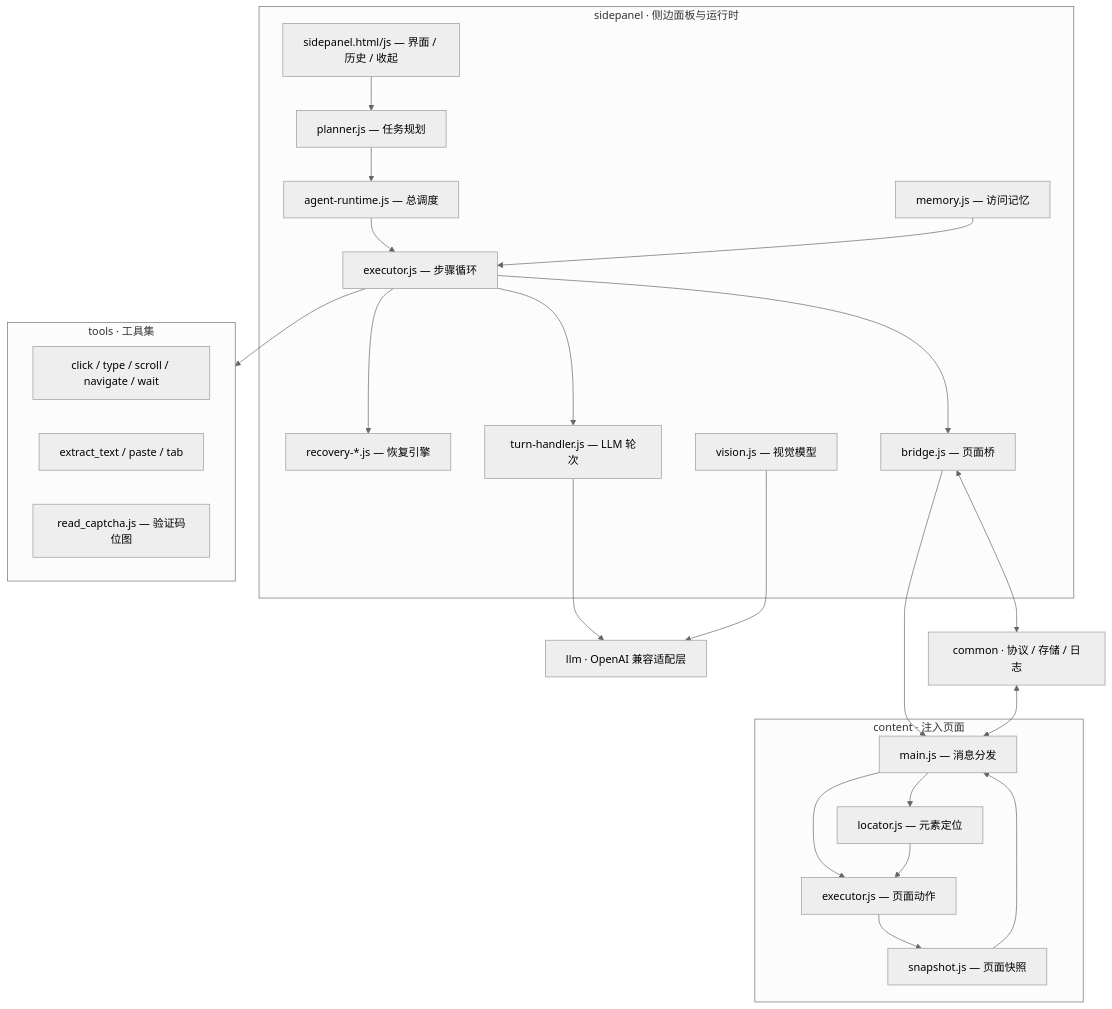
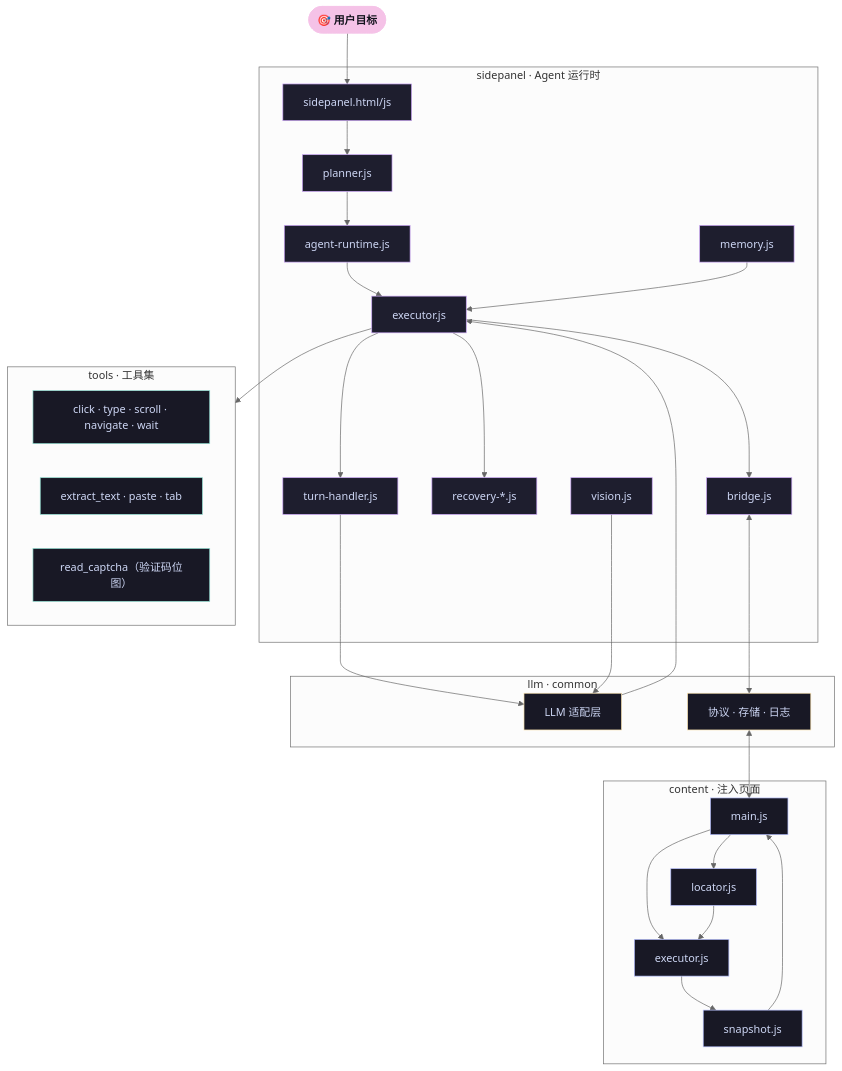
The diagram in README.md (mldlbs/mio-browser-agent), drawn with Mermaid (neutral theme) before and after one commit.

Commit message:
docs(readme): beautify architecture diagram with grouped colors

````diff
--- a/README.md
+++ b/README.md
@@ -45,39 +45,54 @@
 ```mermaid
 graph TB
-  subgraph UI["sidepanel · 侧边面板与运行时"]
-    SUI["sidepanel.html/js — 界面 / 历史 / 收起"]
-    PLAN["planner.js — 任务规划"]
-    EXEC["executor.js — 步骤循环"]
-    RT["agent-runtime.js — 总调度"]
-    REC["recovery-*.js — 恢复引擎"]
-    MEM["memory.js — 访问记忆"]
-    VISION["vision.js — 视觉模型"]
-    BRIDGE["bridge.js — 页面桥"]
-    TURN["turn-handler.js — LLM 轮次"]
+  User(["🎯 用户目标"]):::user --> UI
+
+  subgraph SP["sidepanel · Agent 运行时"]
+    UI["sidepanel.html/js"]:::sp
+    PLAN["planner.js"]:::sp
+    RT["agent-runtime.js"]:::sp
+    EXEC["executor.js"]:::sp
+    TURN["turn-handler.js"]:::sp
+    REC["recovery-*.js"]:::sp
+    MEM["memory.js"]:::sp
+    VISION["vision.js"]:::sp
+    BRIDGE["bridge.js"]:::sp
   end
-  subgraph CONTENT["content · 注入页面"]
-    SNAP["snapshot.js — 页面快照"]
-    LOC["locator.js — 元素定位"]
-    CEXEC["executor.js — 页面动作"]
-    CM["main.js — 消息分发"]
+
+  subgraph CS["content · 注入页面"]
+    MAIN["main.js"]:::cs
+    SNAP["snapshot.js"]:::cs
+    LOC["locator.js"]:::cs
+    CEXEC["executor.js"]:::cs
   end
-  subgraph TOOLS["tools · 工具集"]
-    T_BASIC["click / type / scroll / navigate / wait"]
-    T_EXT["extract_text / paste / tab"]
-    T_CAPTCHA["read_captcha.js — 验证码位图"]
+
+  subgraph TO["tools · 工具集"]
+    T1["click · type · scroll · navigate · wait"]:::to
+    T2["extract_text · paste · tab"]:::to
+    T3["read_captcha（验证码位图）"]:::to
   end
-  LLM["llm · OpenAI 兼容适配层"]
-  COMMON["common · 协议 / 存储 / 日志"]
 
-  SUI --> PLAN --> RT --> EXEC
+  subgraph CO["llm · common"]
+    LLM["LLM 适配层"]:::co
+    PROTO["协议 · 存储 · 日志"]:::co
+  end
+
+  UI --> PLAN --> RT --> EXEC
   EXEC --> TURN --> LLM
   EXEC --> REC
-  EXEC --> TOOLS
-  EXEC --> BRIDGE --> CM
-  CM --> CEXEC
-  CEXEC --> SNAP --> CM
-  CM --> LOC --> CEXEC
-  BRIDGE <--> COMMON <--> CM
+  EXEC --> TO
+  EXEC --> BRIDGE
+  BRIDGE <--> PROTO <--> MAIN
+  MAIN --> CEXEC
+  CEXEC --> SNAP
+  SNAP --> MAIN
+  MAIN --> LOC --> CEXEC
   VISION --> LLM
   MEM --> EXEC
+  LLM --> EXEC
+
+  classDef user fill:#f5c2e7,stroke:#f5c2e7,color:#11111b,font-weight:bold
+  classDef sp fill:#1e1e2e,stroke:#cba6f7,color:#cdd6f4
+  classDef cs fill:#181825,stroke:#b4befe,color:#cdd6f4
+  classDef to fill:#181825,stroke:#94e2d5,color:#cdd6f4
+  classDef co fill:#181825,stroke:#f9e2af,color:#cdd6f4
 ```
````
